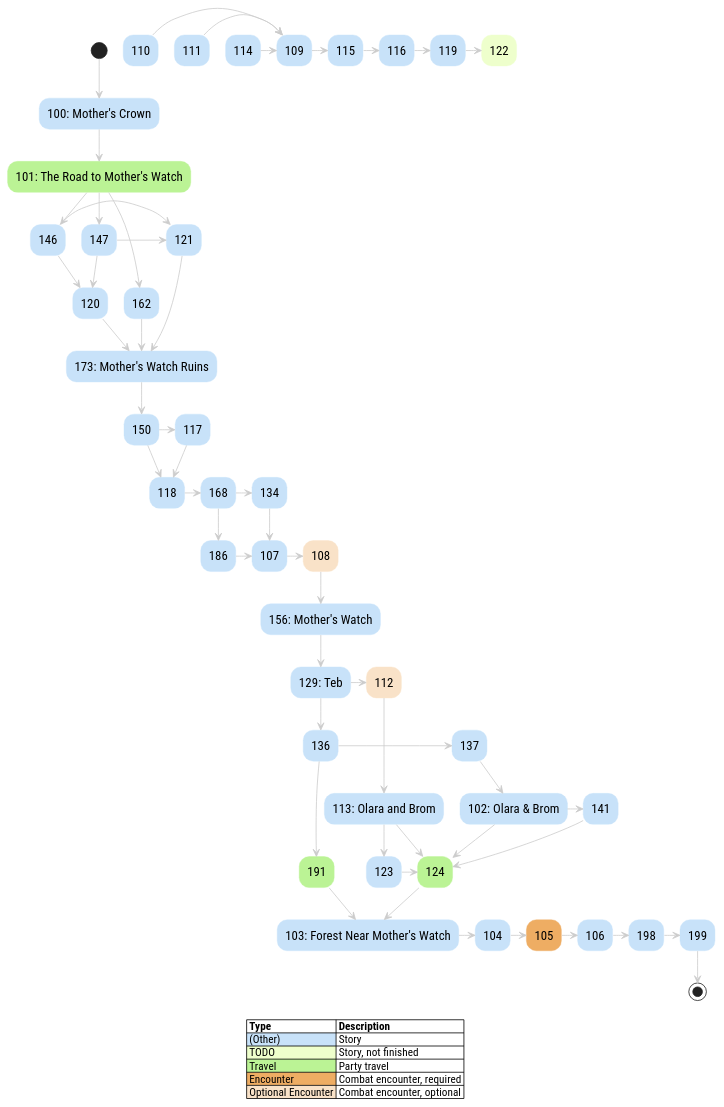
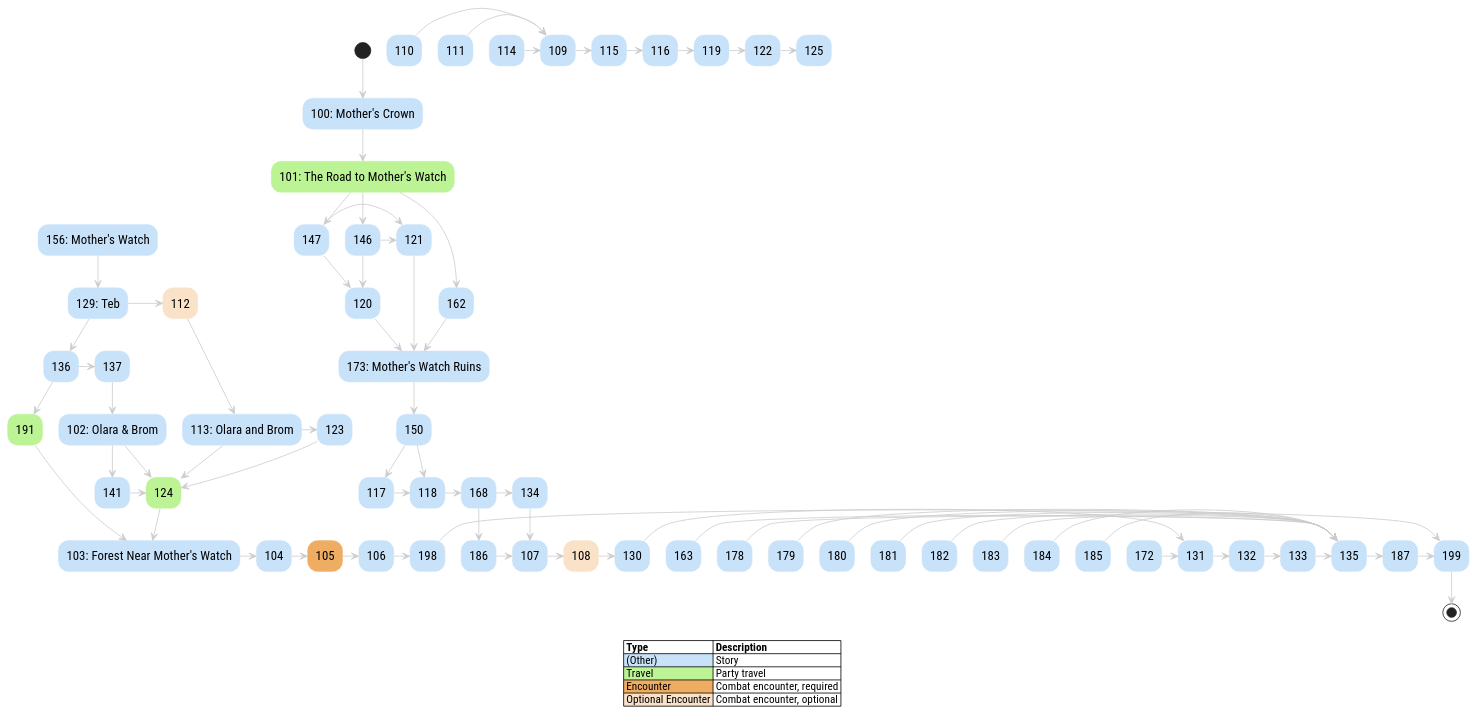
One commit to rickosborne/skyline changed the diagram in assets/puml/story-iaso-graph.puml. Above: the diagram before and after it, drawn with PlantUML. The commit also changed 13 other files, not shown here.

```diff
--- a/assets/puml/story-iaso-graph.puml
+++ b/assets/puml/story-iaso-graph.puml
@@ -1,96 +1,112 @@
 @startuml
 
 ' title IASO Story Graph
 
 skinparam {
 	DefaultFontName Roboto Condensed
 	DefaultFontSize 16
 	shadowing false
 	HyperlinkUnderline false
 	HyperlinkColor #000000
 
 	
 	ArrowColor #cccccc
 	BackgroundColor #ffffff
 	
 	ActivityBackgroundColor #C8E2F9
 	ActivityBorderColor #C8E2F9
 
   ActivityBackgroundColor<<NotStarted>> #ffff99
   ActivityBorderColor<<NotStarted>> #ffff99
   ActivityBackgroundColor<<TODO>> #eeffcc
   ActivityBorderColor<<TODO>> #eeffcc
   ActivityBackgroundColor<<OptionalEncounter>> #F9E2C8
   ActivityBorderColor<<OptionalEncounter>> #F9E2C8
   ActivityBackgroundColor<<Encounter>> #EEAD63
   ActivityBorderColor<<Encounter>> #EEAD63
   ActivityBackgroundColor<<Travel>> #BBF395
   ActivityBorderColor<<Travel>> #BBF395
 	LegendBackgroundColor transparent
 	LegendBorderColor transparent
 	LegendBorderThickness 0
 }
 
 (*) --> "[[100-mothers-crown.html 100: Mother's Crown]]" as e100 
 e100 --> "[[101-road-to-mothers-watch.html 101: The Road to Mother's Watch]]" as e101 <<Travel>>
 e101 -> "[[146-scrappers-deaf.html 146]]" as e146 
 e101 --> "[[147-striders-blind.html 147]]" as e147 
 e101 --> "[[162-scrappers-surprise.html 162]]" as e162 
 "[[102-olaras-cave.html 102: Olara & Brom]]" as e102  -> "[[141-iaso-brom.html 141]]" as e141 
 e102 --> "[[124-back-to-mothers-watch.html 124]]" as e124 <<Travel>>
 "[[103-cardiac-event.html 103: Forest Near Mother's Watch]]" as e103  -> "[[104-clear.html 104]]" as e104 
 e104 -> "[[105-striders.html 105]]" as e105 <<Encounter>>
 e105 -> "[[106-all-mother-mountain.html 106]]" as e106 
 e106 -> "[[198-corruptor-module.html 198]]" as e198 
 "[[107-lab.html 107]]" as e107  -> "[[108-exit.html 108]]" as e108 <<OptionalEncounter>>
-e108 --> "[[156-mothers-watch.html 156: Mother's Watch]]" as e156 
+e108 -> "[[130-mothers-watch-afternoon.html 130]]" as e130 
 "[[109-dinner.html 109]]" as e109  -> "[[115-lodging.html 115]]" as e115 
 "[[110-carja-refugee-family.html 110]]" as e110  -> e109
 "[[111-tradespeople.html 111]]" as e111  -> e109
 "[[112-leave-tonight.html 112]]" as e112 <<OptionalEncounter>> --> "[[113-olara-and-brom-night.html 113: Olara and Brom]]" as e113 
 e113 -> "[[123-iaso-brom-olara.html 123]]" as e123 
 e113 --> e124
-"[[114-iala-uln-jineko.html 114]]" as e114  -> e109
+"[[114-grethe-uln-jineko.html 114]]" as e114  -> e109
 e115 -> "[[116-logging.html 116]]" as e116 
 e116 -> "[[119-timber-and-striders.html 119]]" as e119 
 "[[117-medical-focus.html 117]]" as e117  -> "[[118-focus.html 118]]" as e118 
 e118 -> "[[168-power-wall.html 168]]" as e168 
-e119 -> "[[122-lumber-carts.html 122]]" as e122 <<TODO>>
+e119 -> "[[122-lumber-carts.html 122]]" as e122 
 "[[120-scrappers-incoming.html 120]]" as e120  --> "[[173-ruins-entrance.html 173: Mother's Watch Ruins]]" as e173 
 "[[121-scrappers-treeline.html 121]]" as e121  --> e173
+e122 -> "[[125-investigate.html 125]]" as e125 
 e123 -> e124
 e124 --> e103
 "[[129-teb.html 129: Teb]]" as e129  -> e112
 e129 --> "[[136-leave-tomorrow.html 136]]" as e136 
+e130 -> "[[131-jineko-focus.html 131]]" as e131 
+e131 -> "[[132-second-dinner.html 132]]" as e132 
+e132 -> "[[133-midnight.html 133]]" as e133 
+e133 -> "[[135-ruins-night.html 135]]" as e135 
 "[[134-synchronize.html 134]]" as e134  -> e107
+e135 -> "[[187-search-complete.html 187]]" as e187 
 e136 -> "[[137-leave-morning.html 137]]" as e137 
 e136 --> "[[191-not-interested.html 191]]" as e191 <<Travel>>
 e137 --> e102
 e141 -> e124
 e146 -> e121
 e146 --> e120
 e147 -> e121
 e147 --> e120
 "[[150-the-blinking-light.html 150]]" as e150  -> e117
 e150 --> e118
-e156 --> e129
+"[[156-mothers-watch.html 156: Mother's Watch]]" as e156  --> e129
 e162 --> e173
+"[[163-jineko-focus-night-bts.html 163]]" as e163  -> e135
 e168 -> e134
 e168 --> "[[186-no-synchronize.html 186]]" as e186 
+"[[172-jineko-focus-bts.html 172]]" as e172  -> e131
 e173 --> e150
+"[[178-ostealign.html 178]]" as e178  -> e135
+"[[179-nanopatch.html 179]]" as e179  -> e135
+"[[180-neural-interface.html 180]]" as e180  -> e135
+"[[181-hover-harness.html 181]]" as e181  -> e135
+"[[182-wheelchair.html 182]]" as e182  -> e135
+"[[183-hoverchair.html 183]]" as e183  -> e135
+"[[184-autosuture.html 184]]" as e184  -> e135
+"[[185-medbed.html 185]]" as e185  -> e135
 e186 -> e107
+e187 -> "[[199-what-next.html 199]]" as e199 
 e191 --> e103
-e198 -> "[[199-what-next.html 199]]" as e199 
+e198 -> e199
 e199 --> (*)
 
 legend
 |= Type |= Description |
 |<#C8E2F9> (Other) | Story |
-|<#eeffcc> TODO | Story, not finished |
 |<#BBF395> Travel | Party travel |
 |<#EEAD63> Encounter | Combat encounter, required |
 |<#F9E2C8> Optional Encounter | Combat encounter, optional |
 endlegend
 
 
 @enduml
```
